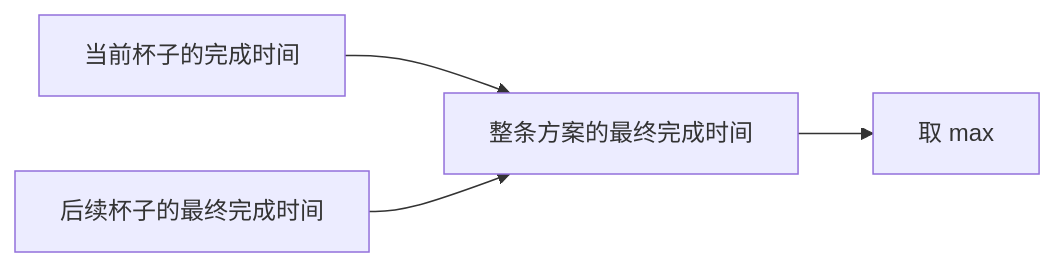
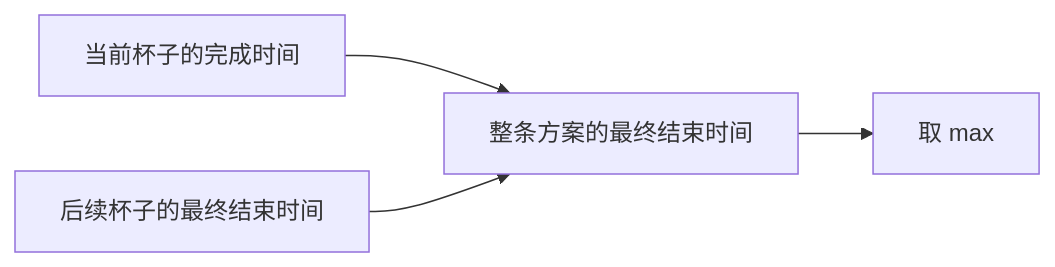
One commit to freeedoooooo/algs changed the third of 3 diagrams in my-notes/06-递归与DP/13-暴力递归到动态规划2-尝试模型/15-尝试模型4-寻找业务限制-咖啡杯清洗问题.md. Above: the diagram before and after it, drawn with Mermaid. The commit also changed other lines of this file, not shown here.

````diff
--- a/my-notes/06-递归与DP/13-暴力递归到动态规划2-尝试模型/15-尝试模型4-寻找业务限制-咖啡杯清洗问题.md
+++ b/my-notes/06-递归与DP/13-暴力递归到动态规划2-尝试模型/15-尝试模型4-寻找业务限制-咖啡杯清洗问题.md
@@ -69,6 +69,6 @@
 ```mermaid
 graph LR
-    A["当前杯子的完成时间"] --> C["整条方案的最终完成时间"]
-    B["后续杯子的最终完成时间"] --> C
+    A["当前杯子的完成时间"] --> C["整条方案的最终结束时间"]
+    B["后续杯子的最终结束时间"] --> C
     C --> D["取 max"]
 ```
````
